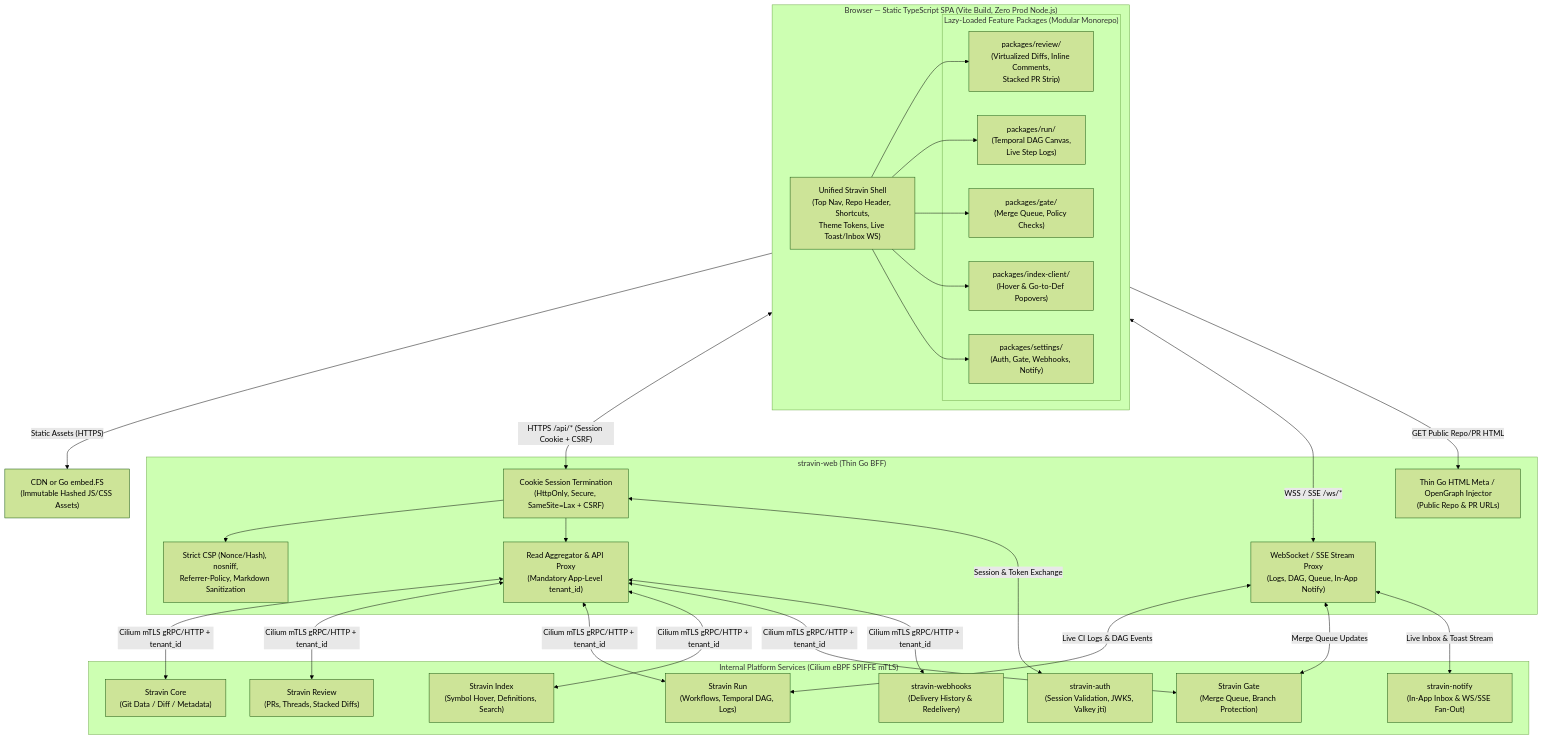
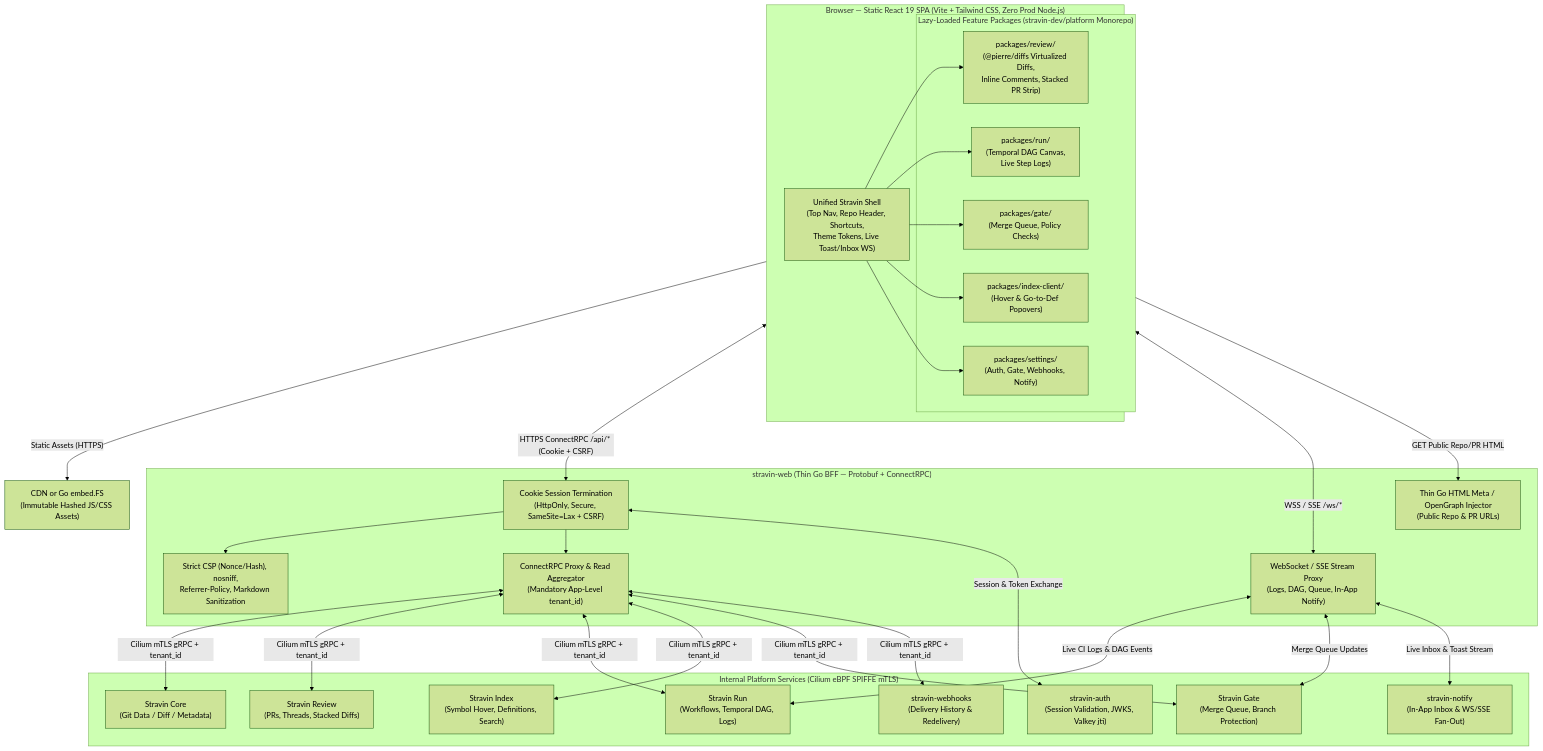
One commit to stravin-dev/architecture changed the diagram in docs/adr/0004-frontend-stack-spa-go-bff.md. Above: the diagram before and after it, drawn with Mermaid (forest theme). The commit also changed other lines of this file and 3 other files, not shown here.

Commit message:
docs(roadmap,adr): add 4-wave full-stack build plan and lock stack defaults in ADR-0004

````diff
--- a/docs/adr/0004-frontend-stack-spa-go-bff.md
+++ b/docs/adr/0004-frontend-stack-spa-go-bff.md
@@ -28,57 +28,57 @@
 ```mermaid
 flowchart TB
-    subgraph Browser["Browser — Static TypeScript SPA (Vite Build, Zero Prod Node.js)"]
+    subgraph Browser["Browser — Static React 19 SPA (Vite + Tailwind CSS, Zero Prod Node.js)"]
         Shell["Unified Stravin Shell\n(Top Nav, Repo Header, Shortcuts,\nTheme Tokens, Live Toast/Inbox WS)"]
-        subgraph LazyModules["Lazy-Loaded Feature Packages (Modular Monorepo)"]
-            PkgReview["packages/review/\n(Virtualized Diffs, Inline Comments,\nStacked PR Strip)"]
+        subgraph LazyModules["Lazy-Loaded Feature Packages (stravin-dev/platform Monorepo)"]
+            PkgReview["packages/review/\n(@pierre/diffs Virtualized Diffs,\nInline Comments, Stacked PR Strip)"]
             PkgRun["packages/run/\n(Temporal DAG Canvas,\nLive Step Logs)"]
             PkgGate["packages/gate/\n(Merge Queue, Policy Checks)"]
             PkgIndex["packages/index-client/\n(Hover & Go-to-Def Popovers)"]
             PkgSettings["packages/settings/\n(Auth, Gate, Webhooks, Notify)"]
         end
         Shell --> PkgReview
         Shell --> PkgRun
         Shell --> PkgGate
         Shell --> PkgIndex
         Shell --> PkgSettings
     end
 
     CDN["CDN or Go embed.FS\n(Immutable Hashed JS/CSS Assets)"]
 
-    subgraph WebBFF["stravin-web (Thin Go BFF)"]
+    subgraph WebBFF["stravin-web (Thin Go BFF — Protobuf + ConnectRPC)"]
         AuthTerm["Cookie Session Termination\n(HttpOnly, Secure, SameSite=Lax + CSRF)"]
-        Aggregator["Read Aggregator & API Proxy\n(Mandatory App-Level tenant_id)"]
+        Aggregator["ConnectRPC Proxy & Read Aggregator\n(Mandatory App-Level tenant_id)"]
         StreamProxy["WebSocket / SSE Stream Proxy\n(Logs, DAG, Queue, In-App Notify)"]
         MetaInject["Thin Go HTML Meta / OpenGraph Injector\n(Public Repo & PR URLs)"]
         SecHeaders["Strict CSP (Nonce/Hash), nosniff,\nReferrer-Policy, Markdown Sanitization"]
     end
 
     subgraph InternalMesh["Internal Platform Services (Cilium eBPF SPIFFE mTLS)"]
         Auth["stravin-auth\n(Session Validation, JWKS, Valkey jti)"]
         Notify["stravin-notify\n(In-App Inbox & WS/SSE Fan-Out)"]
         Core["Stravin Core\n(Git Data / Diff / Metadata)"]
         Review["Stravin Review\n(PRs, Threads, Stacked Diffs)"]
         Run["Stravin Run\n(Workflows, Temporal DAG, Logs)"]
         Index["Stravin Index\n(Symbol Hover, Definitions, Search)"]
         Gate["Stravin Gate\n(Merge Queue, Branch Protection)"]
         Webhooks["stravin-webhooks\n(Delivery History & Redelivery)"]
     end
 
     Browser -->|"Static Assets (HTTPS)"| CDN
-    Browser <-->|"HTTPS /api/* (Session Cookie + CSRF)"| AuthTerm
+    Browser <-->|"HTTPS ConnectRPC /api/* (Cookie + CSRF)"| AuthTerm
     Browser <-->|"WSS / SSE /ws/*"| StreamProxy
     Browser -->|"GET Public Repo/PR HTML"| MetaInject
 
     AuthTerm --> SecHeaders
     AuthTerm --> Aggregator
     AuthTerm <-->|"Session & Token Exchange"| Auth
-    Aggregator <-->|"Cilium mTLS gRPC/HTTP + tenant_id"| Core
-    Aggregator <-->|"Cilium mTLS gRPC/HTTP + tenant_id"| Review
-    Aggregator <-->|"Cilium mTLS gRPC/HTTP + tenant_id"| Run
-    Aggregator <-->|"Cilium mTLS gRPC/HTTP + tenant_id"| Index
-    Aggregator <-->|"Cilium mTLS gRPC/HTTP + tenant_id"| Gate
-    Aggregator <-->|"Cilium mTLS gRPC/HTTP + tenant_id"| Webhooks
+    Aggregator <-->|"Cilium mTLS gRPC + tenant_id"| Core
+    Aggregator <-->|"Cilium mTLS gRPC + tenant_id"| Review
+    Aggregator <-->|"Cilium mTLS gRPC + tenant_id"| Run
+    Aggregator <-->|"Cilium mTLS gRPC + tenant_id"| Index
+    Aggregator <-->|"Cilium mTLS gRPC + tenant_id"| Gate
+    Aggregator <-->|"Cilium mTLS gRPC + tenant_id"| Webhooks
     StreamProxy <-->|"Live CI Logs & DAG Events"| Run
     StreamProxy <-->|"Merge Queue Updates"| Gate
     StreamProxy <-->|"Live Inbox & Toast Stream"| Notify
 ```
````
